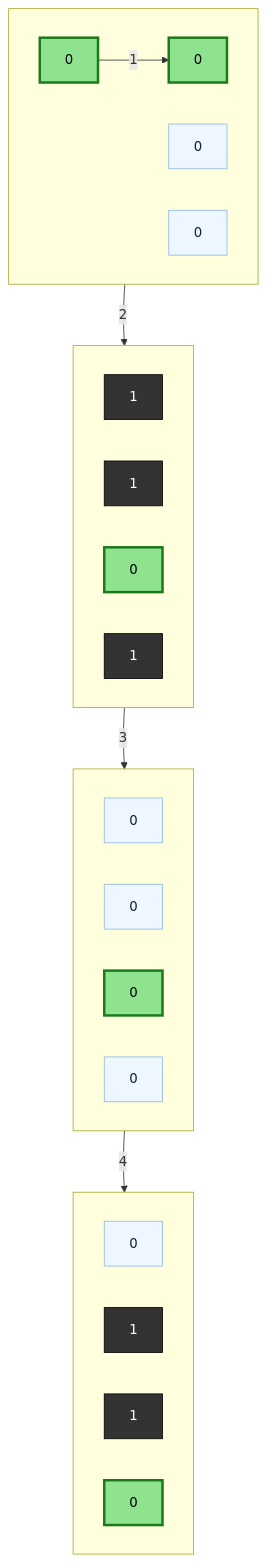
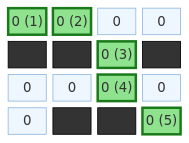
One commit to jovannypcg/dsa changed the seventh of 7 diagrams in src/main/java/mx/jovannypcg/base/p66_shortestpathinbinarymatrix/README.md. Above: the diagram before and after it, drawn with Mermaid. The commit also changed other lines of this file and 5 other files, not shown here.

````diff
--- a/src/main/java/mx/jovannypcg/base/p66_shortestpathinbinarymatrix/README.md
+++ b/src/main/java/mx/jovannypcg/base/p66_shortestpathinbinarymatrix/README.md
@@ -202,42 +150,15 @@
 ```mermaid
-flowchart TD
-    subgraph Row0[" "]
-        direction LR
-        r0c0["0"]
-        r0c1["0"]
-        r0c2["0"]
-        r0c3["0"]
-    end
-    subgraph Row1[" "]
-        direction LR
-        r1c0["1"]
-        r1c1["1"]
-        r1c2["0"]
-        r1c3["1"]
-    end
-    subgraph Row2[" "]
-        direction LR
-        r2c0["0"]
-        r2c1["0"]
-        r2c2["0"]
-        r2c3["0"]
-    end
-    subgraph Row3[" "]
-        direction LR
-        r3c0["0"]
-        r3c1["1"]
-        r3c2["1"]
-        r3c3["0"]
-    end
-    Row0 ~~~ Row1 ~~~ Row2 ~~~ Row3
-    r0c0 -->|"1"| r0c1
-    r0c1 -->|"2"| r1c2
-    r1c2 -->|"3"| r2c2
-    r2c2 -->|"4"| r3c3
+block-beta
+columns 4
+    r0c0["0 (1)"] r0c1["0 (2)"] r0c2["0"] r0c3["0"]
+    r1c0["1"] r1c1["1"] r1c2["0 (3)"] r1c3["1"]
+    r2c0["0"] r2c1["0"] r2c2["0 (4)"] r2c3["0"]
+    r3c0["0"] r3c1["1"] r3c2["1"] r3c3["0 (5)"]
     classDef zero fill:#eef6ff,stroke:#8fb8e0,color:#123
     classDef one fill:#333,stroke:#000,color:#fff
     classDef path fill:#8fe38f,stroke:#1a7a1a,stroke-width:3px,color:#000
-    class r0c0,r0c1,r1c2,r2c2,r3c3 path
+    classDef blocked fill:#e38f8f,stroke:#a11111,stroke-width:3px,color:#000
     class r0c2,r0c3,r2c0,r2c1,r2c3,r3c0 zero
     class r1c0,r1c1,r1c3,r3c1,r3c2 one
+    class r0c0,r0c1,r1c2,r2c2,r3c3 path
 ```
````
